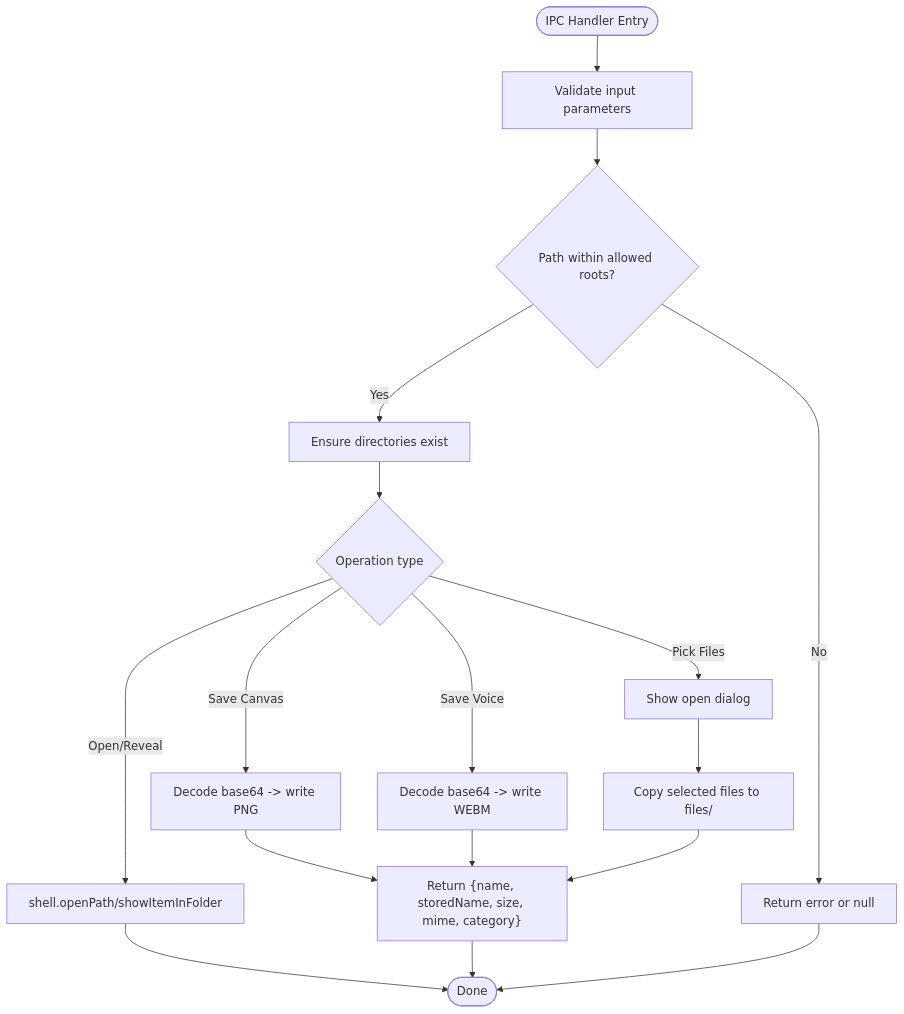
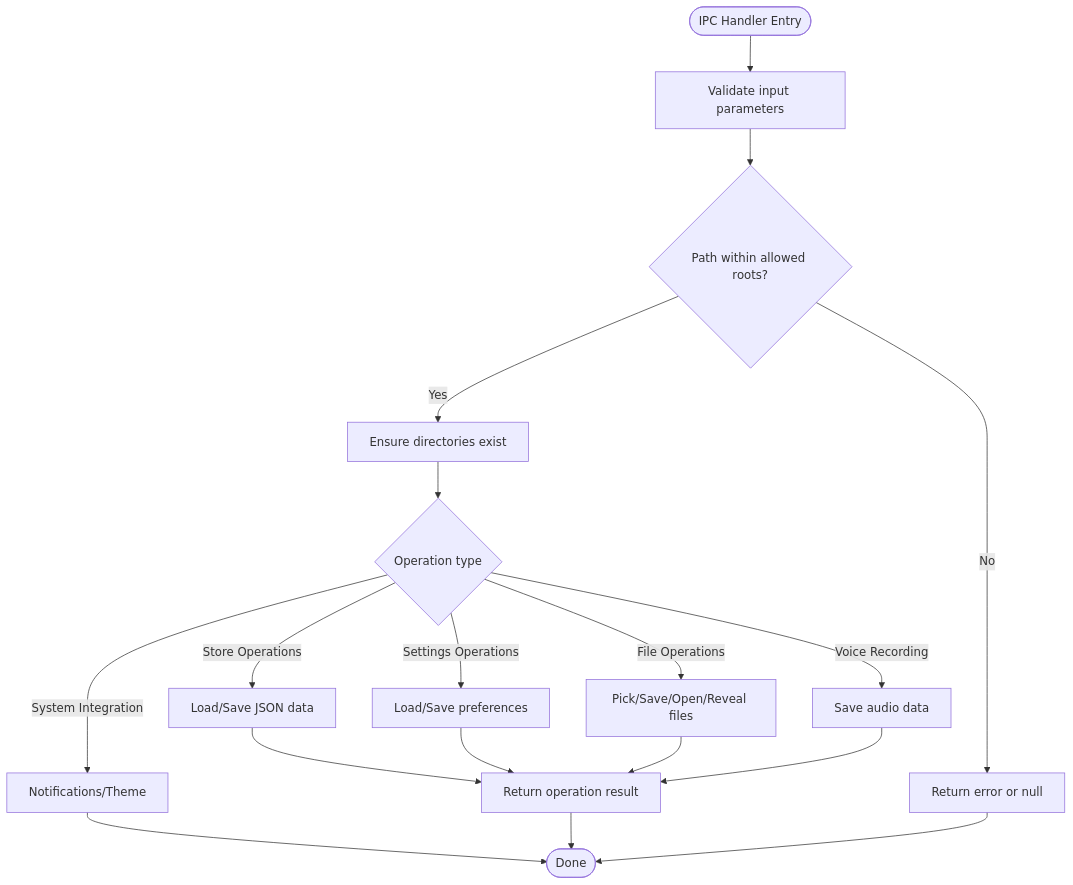
One commit to Annguyen0410/Personal-Messenger-Like-Storage- changed the third of 7 diagrams in .qoder/repowiki/en/content/Architecture Overview.md. Above: the diagram before and after it, drawn with Mermaid. The commit also changed other lines of this file and 19 other files, not shown here.

````diff
--- a/.qoder/repowiki/en/content/Architecture Overview.md
+++ b/.qoder/repowiki/en/content/Architecture Overview.md
@@ -146,19 +179,20 @@
 ```mermaid
 flowchart TD
 Start(["IPC Handler Entry"]) --> Validate["Validate input parameters"]
 Validate --> PathCheck{"Path within allowed roots?"}
 PathCheck --> |No| Deny["Return error or null"]
 PathCheck --> |Yes| EnsureDirs["Ensure directories exist"]
 EnsureDirs --> Operation{"Operation type"}
-Operation --> |Save Canvas| SavePNG["Decode base64 -> write PNG"]
-Operation --> |Save Voice| SaveWebm["Decode base64 -> write WEBM"]
-Operation --> |Open/Reveal| OpenOS["shell.openPath/showItemInFolder"]
-Operation --> |Pick Files| Dialog["Show open dialog"]
-SavePNG --> ReturnMeta["Return {name, storedName, size, mime, category}"]
-SaveWebm --> ReturnMeta
-OpenOS --> Done(["Done"])
-Dialog --> CopyToStore["Copy selected files to files/"]
-CopyToStore --> ReturnMeta
+Operation --> |Store Operations| StoreOps["Load/Save JSON data"]
+Operation --> |Settings Operations| SettingsOps["Load/Save preferences"]
+Operation --> |File Operations| FileOps["Pick/Save/Open/Reveal files"]
+Operation --> |Voice Recording| VoiceOps["Save audio data"]
+Operation --> |System Integration| SysOps["Notifications/Theme"]
+StoreOps --> ReturnMeta["Return operation result"]
+SettingsOps --> ReturnMeta
+FileOps --> ReturnMeta
+VoiceOps --> ReturnMeta
+SysOps --> Done(["Done"])
 ReturnMeta --> Done
 Deny --> Done
 ```
````
